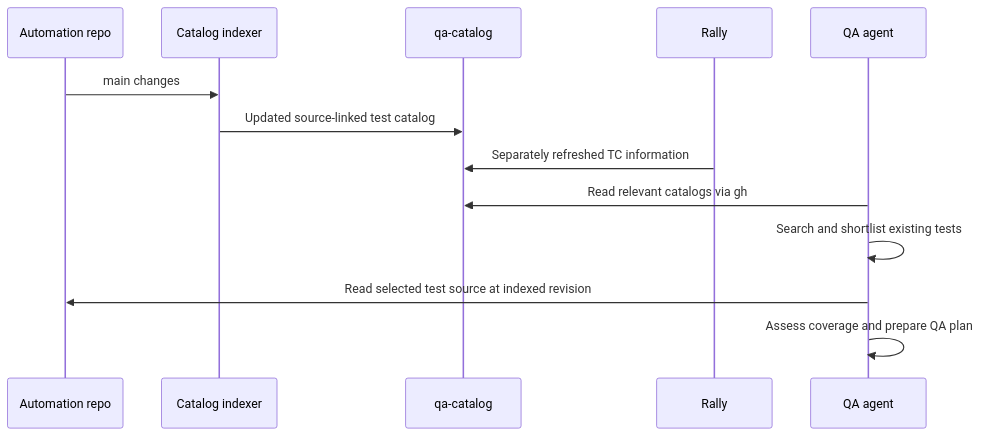
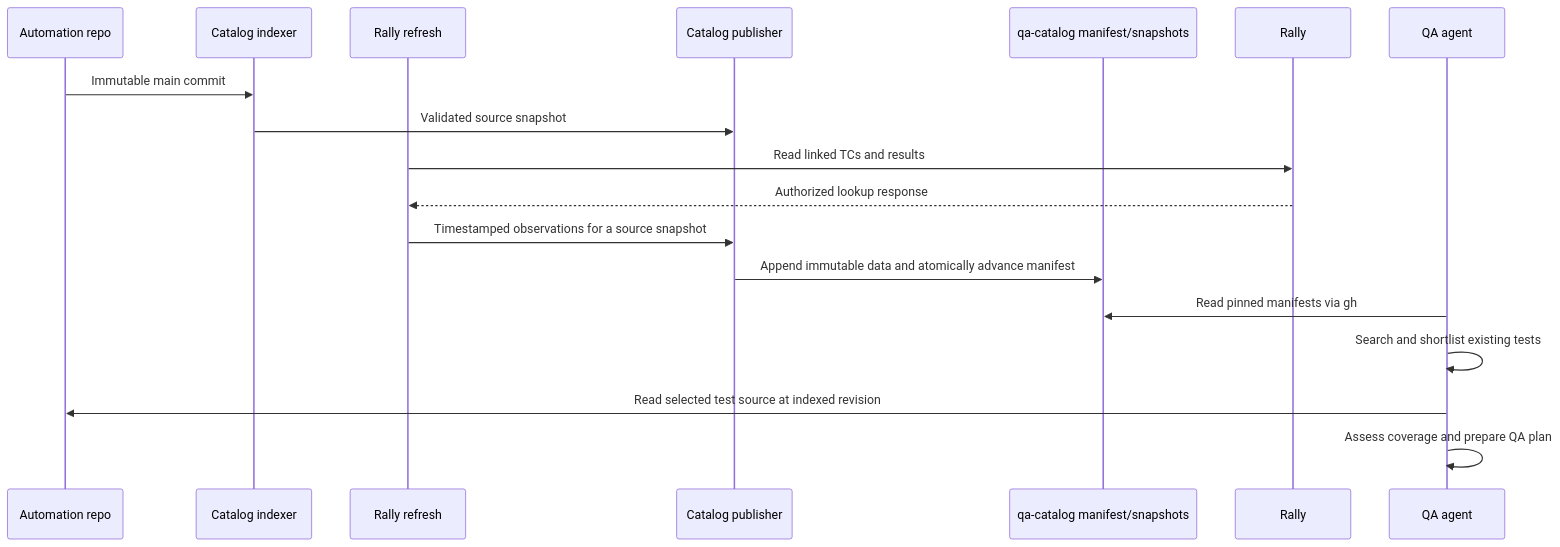
One commit to ghostlives/qa-catalog-indexing-architecture changed the second of 2 diagrams in docs/03-reference-architecture.md. Above: the diagram before and after it, drawn with Mermaid. The commit also changed other lines of this file and 6 other files, not shown here.

Commit message:
docs: harden QA catalog architecture

````diff
--- a/docs/03-reference-architecture.md
+++ b/docs/03-reference-architecture.md
@@ -91,16 +125,21 @@
 ```mermaid
 sequenceDiagram
     participant Repo as Automation repo
     participant Index as Catalog indexer
-    participant Cat as qa-catalog
+    participant Refresh as Rally refresh
+    participant Pub as Catalog publisher
+    participant Cat as qa-catalog manifest/snapshots
     participant Rally as Rally
     participant Agent as QA agent
 
-    Repo->>Index: main changes
-    Index->>Cat: Updated source-linked test catalog
-    Rally->>Cat: Separately refreshed TC information
-    Agent->>Cat: Read relevant catalogs via gh
+    Repo->>Index: Immutable main commit
+    Index->>Pub: Validated source snapshot
+    Refresh->>Rally: Read linked TCs and results
+    Rally-->>Refresh: Authorized lookup response
+    Refresh->>Pub: Timestamped observations for a source snapshot
+    Pub->>Cat: Append immutable data and atomically advance manifest
+    Agent->>Cat: Read pinned manifests via gh
     Agent->>Agent: Search and shortlist existing tests
     Agent->>Repo: Read selected test source at indexed revision
     Agent->>Agent: Assess coverage and prepare QA plan
 ```
````
